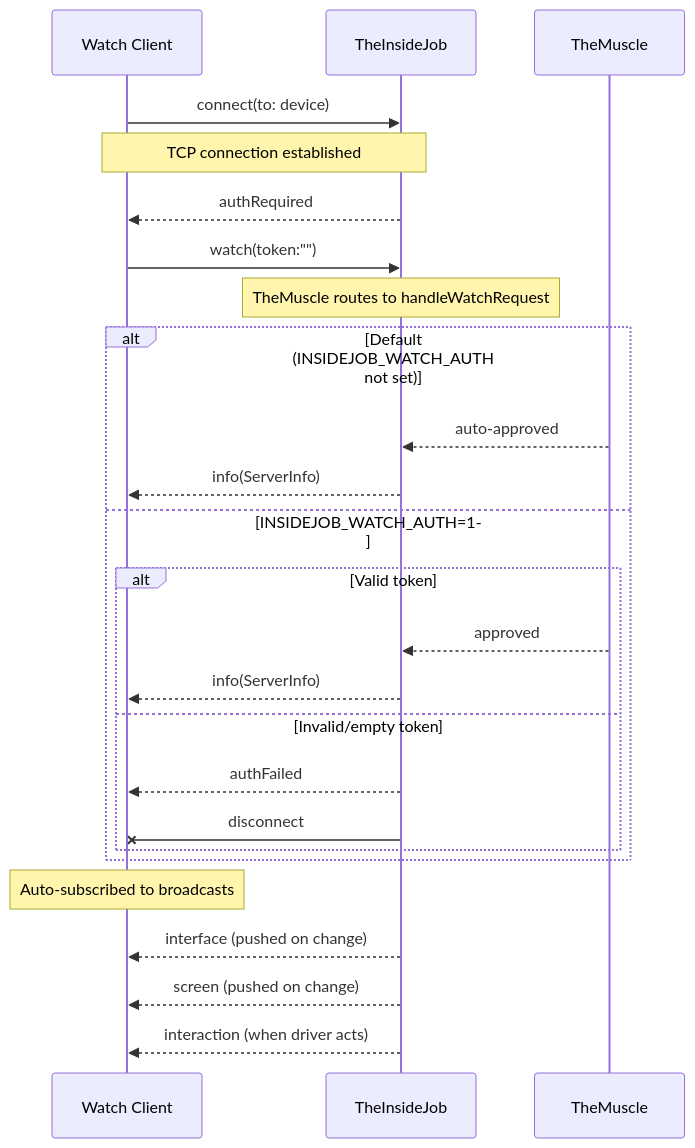
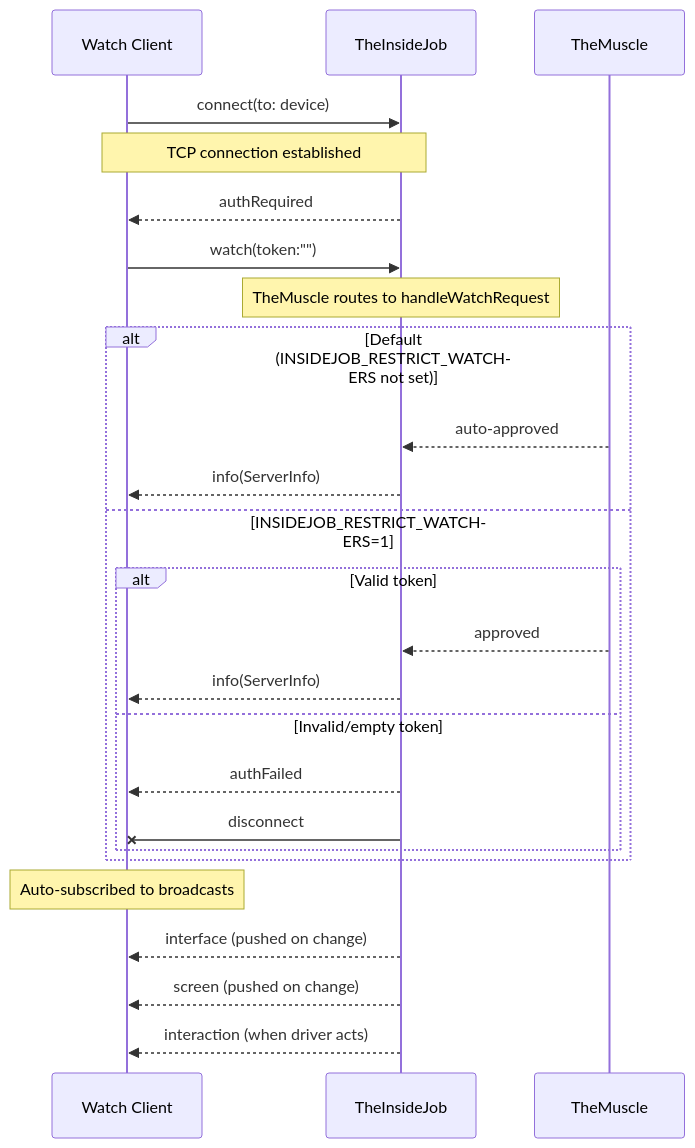
Before and after one commit to RoyalPineapple/TheButtonHeist: the fifth of 8 diagrams in docs/ARCHITECTURE.md, drawn with Mermaid. The commit also changed other lines of this file and 9 other files, not shown here.

````diff
--- a/docs/ARCHITECTURE.md
+++ b/docs/ARCHITECTURE.md
@@ -449,31 +447,31 @@
 ```mermaid
 sequenceDiagram
     participant WC as Watch Client
     participant IJ as TheInsideJob
     participant TM as TheMuscle
 
     WC->>IJ: connect(to: device)
     Note over WC,IJ: TCP connection established
     IJ-->>WC: authRequired
 
     WC->>IJ: watch(token:"")
     Note over IJ: TheMuscle routes to handleWatchRequest
 
-    alt Default (INSIDEJOB_WATCH_AUTH not set)
+    alt Default (INSIDEJOB_RESTRICT_WATCHERS not set)
         TM-->>IJ: auto-approved
         IJ-->>WC: info(ServerInfo)
-    else INSIDEJOB_WATCH_AUTH=1
+    else INSIDEJOB_RESTRICT_WATCHERS=1
         alt Valid token
             TM-->>IJ: approved
             IJ-->>WC: info(ServerInfo)
         else Invalid/empty token
             IJ-->>WC: authFailed
             IJ-xWC: disconnect
         end
     end
 
     Note over WC: Auto-subscribed to broadcasts
     IJ-->>WC: interface (pushed on change)
     IJ-->>WC: screen (pushed on change)
     IJ-->>WC: interaction (when driver acts)
 ```
````
